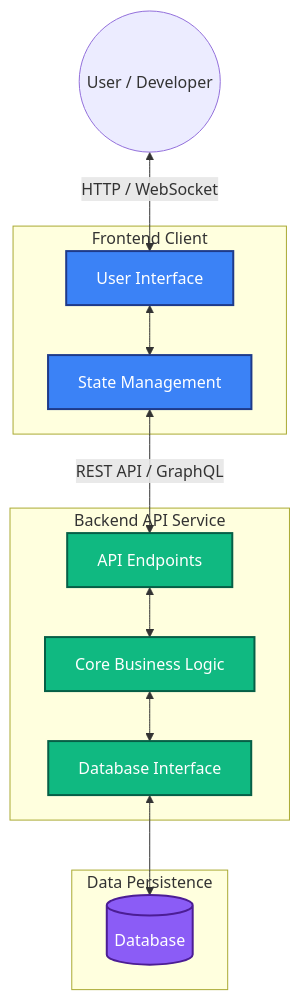
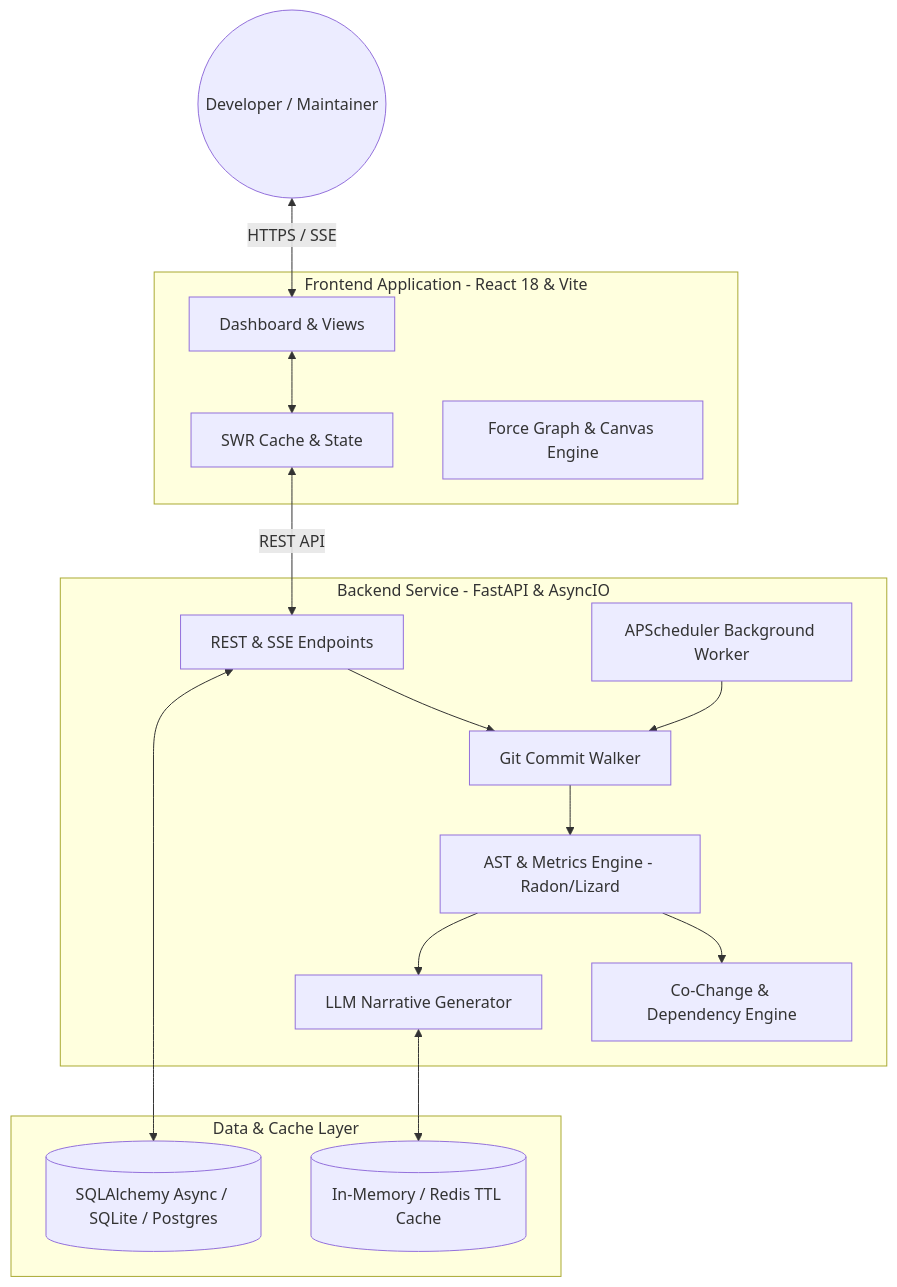
One commit to Anubhutisharma-07/CommitIQ changed the diagram in docs/ARCHITECTURE.md. Above: the diagram before and after it, drawn with Mermaid. The commit also changed other lines of this file and 12 other files, not shown here.

````diff
--- a/docs/ARCHITECTURE.md
+++ b/docs/ARCHITECTURE.md
@@ -9,36 +9,35 @@
 ```mermaid
 flowchart TD
-    %% Users
-    User((User / Developer))
+    User((Developer / Maintainer))
 
-    %% Frontend Layer
-    subgraph Frontend [Frontend Client]
-        UI[User Interface]:::frontend
-        State[State Management]:::frontend
+    subgraph Frontend [Frontend Application - React 18 & Vite]
+        UI[Dashboard & Views]
+        State[SWR Cache & State]
+        GraphCanvas[Force Graph & Canvas Engine]
     end
 
-    %% Backend Layer
-    subgraph Backend [Backend API Service]
-        API[API Endpoints]:::backend
-        CoreLogic[Core Business Logic]:::backend
-        DB_Interface[Database Interface]:::backend
+    subgraph Backend [Backend Service - FastAPI & AsyncIO]
+        API[REST & SSE Endpoints]
+        Walker[Git Commit Walker]
+        Analyzer[AST & Metrics Engine - Radon/Lizard]
+        GraphEngine[Co-Change & Dependency Engine]
+        LLMLayer[LLM Narrative Generator]
+        Scheduler[APScheduler Background Worker]
     end
 
-    %% Database Layer
-    subgraph Database [Data Persistence]
-        DB[(Database)]:::database
+    subgraph Persistence [Data & Cache Layer]
+        DB[(SQLAlchemy Async / SQLite / Postgres)]
+        Cache[(In-Memory / Redis TTL Cache)]
     end
 
-    %% Interconnections
-    User <-->|HTTP / WebSocket| UI
+    User <-->|HTTPS / SSE| UI
     UI <--> State
-    State <-->|REST API / GraphQL| API
-    API <--> CoreLogic
-    CoreLogic <--> DB_Interface
-    DB_Interface <--> DB
-
-    %% Styling
-    classDef frontend fill:#3b82f6,stroke:#1e3a8a,stroke-width:2px,color:#fff;
-    classDef backend fill:#10b981,stroke:#065f46,stroke-width:2px,color:#fff;
-    classDef database fill:#8b5cf6,stroke:#4c1d95,stroke-width:2px,color:#fff;
+    State <-->|REST API| API
+    API --> Walker
+    Walker --> Analyzer
+    Analyzer --> GraphEngine
+    Analyzer --> LLMLayer
+    API <--> DB
+    LLMLayer <--> Cache
+    Scheduler --> Walker
 ```
````
